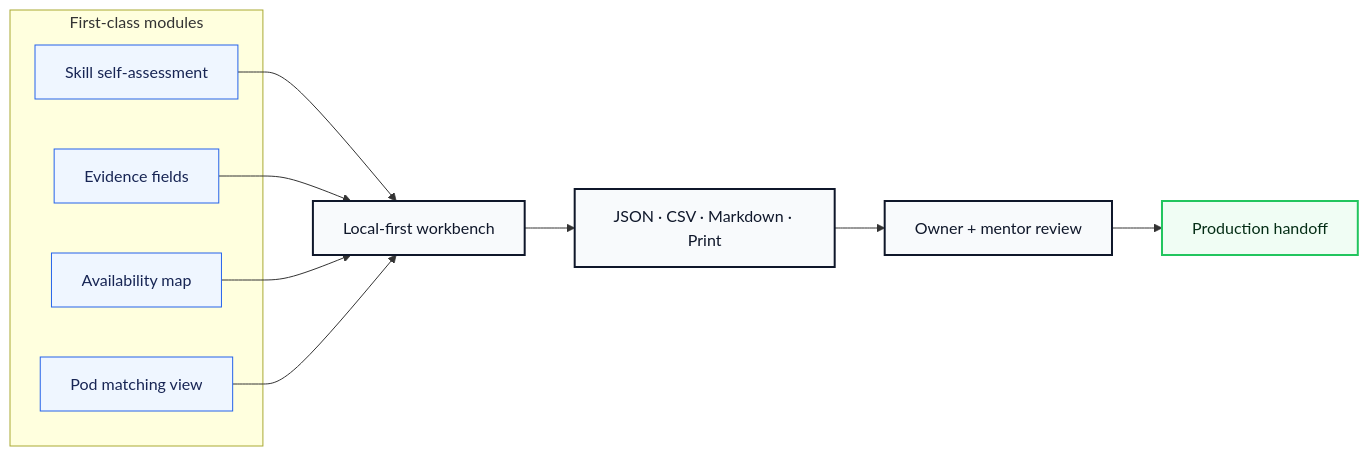
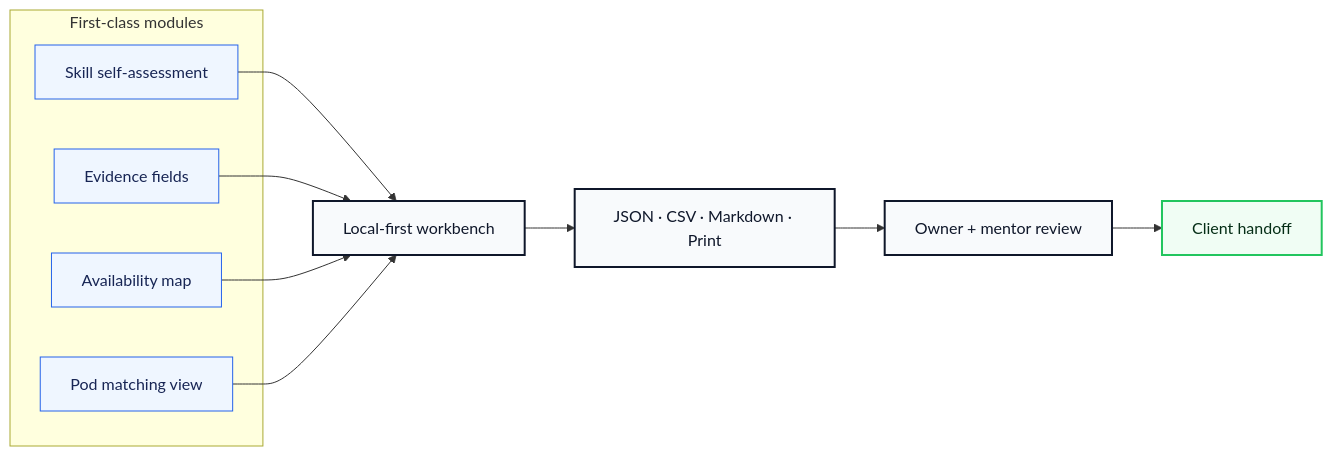
The second of 3 diagrams in README.md (volta-npo/volunteer-skill-matrix), drawn with Mermaid before and after one commit. The commit also changed other lines of this file and 28 other files, not shown here.

````diff
--- a/README.md
+++ b/README.md
@@ -64,23 +64,23 @@
 ```mermaid
 flowchart LR
     subgraph Modules["First-class modules"]
         M1["Skill self-assessment"]
         M2["Evidence fields"]
         M3["Availability map"]
         M4["Pod matching view"]
     end
     M1 --> Workbench
     M2 --> Workbench
     M3 --> Workbench
     M4 --> Workbench
     Workbench["Local-first workbench"] --> Exports["JSON · CSV · Markdown · Print"]
     Exports --> Review["Owner + mentor review"]
-    Review --> Launch["Production handoff"]
+    Review --> Launch["Client handoff"]
 
     classDef module fill:#eff6ff,stroke:#2563eb,color:#172554;
     classDef app fill:#f8fafc,stroke:#0f172a,color:#0f172a,stroke-width:2px;
     classDef launch fill:#f0fdf4,stroke:#22c55e,color:#052e16,stroke-width:2px;
     class M1,M2,M3,M4 module;
     class Workbench,Exports,Review app;
     class Launch launch;
 ```
````
